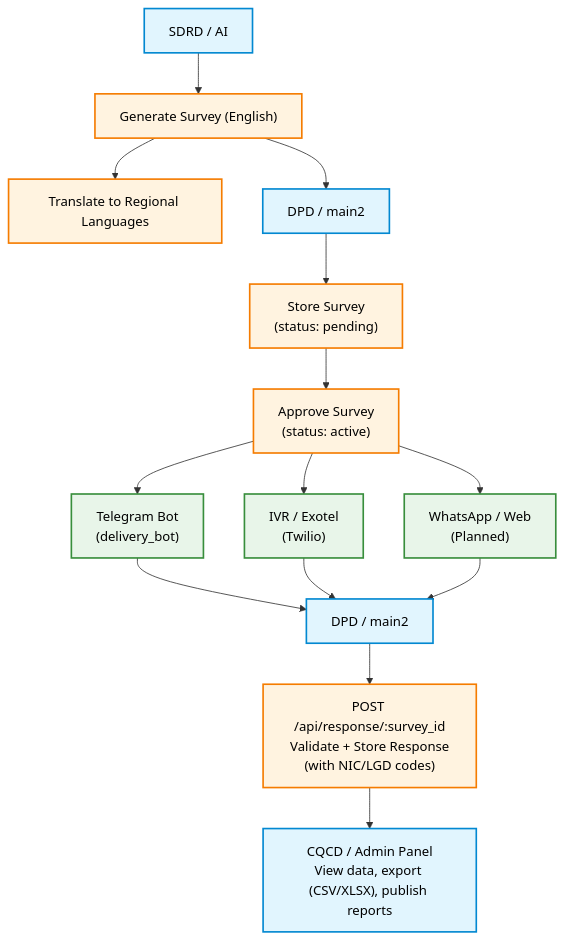
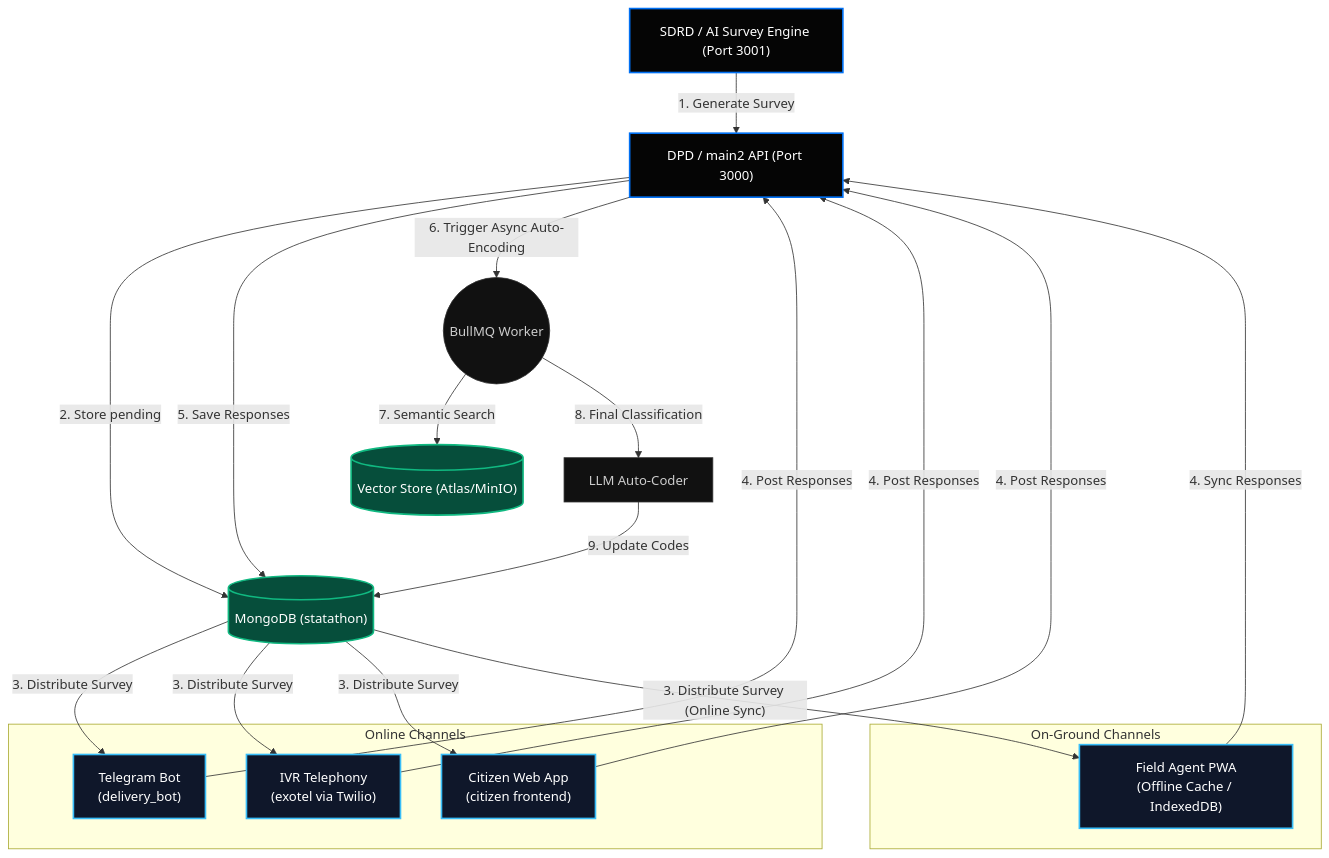
One commit to Shreevathsa05/Statathon-Narad changed the diagram in contexts/context.md. Above: the diagram before and after it, drawn with Mermaid. The commit also changed other lines of this file and 1 other file, not shown here.

````diff
--- a/contexts/context.md
+++ b/contexts/context.md
@@ -46,25 +34,38 @@
 ```mermaid
 graph TD
-    %% Define styles
-    classDef system fill:#e1f5fe,stroke:#0288d1,stroke-width:2px,color:#000
-    classDef process fill:#fff3e0,stroke:#f57c00,stroke-width:2px,color:#000
-    classDef channel fill:#e8f5e9,stroke:#388e3c,stroke-width:2px,color:#000
+    %% Custom Styles
+    classDef system fill:#050505,stroke:#0070F3,stroke-width:2px,color:#fff
+    classDef process fill:#111,stroke:#333,stroke-width:1px,color:#ccc
+    classDef channel fill:#0F172A,stroke:#38BDF8,stroke-width:2px,color:#fff
+    classDef database fill:#064E3B,stroke:#10B981,stroke-width:2px,color:#fff
 
-    SDRD["SDRD / AI"]:::system --> Gen["Generate Survey (English)"]:::process
-    Gen --> Trans["Translate to Regional Languages"]:::process
-    Gen --> DPD1["DPD / main2"]:::system
-    DPD1 --> Store["Store Survey<br/>(status: pending)"]:::process
-    Store --> Approve["Approve Survey<br/>(status: active)"]:::process
-    
-    Approve --> Telegram["Telegram Bot<br/>(delivery_bot)"]:::channel
-    Approve --> IVR["IVR / Exotel<br/>(Twilio)"]:::channel
-    Approve --> Web["WhatsApp / Web<br/>(Planned)"]:::channel
-    
-    Telegram --> DPD2["DPD / main2"]:::system
-    IVR --> DPD2
-    Web --> DPD2
-    
-    DPD2 --> Post["POST /api/response/:survey_id<br/>Validate + Store Response<br/>(with NIC/LGD codes)"]:::process
-    
-    Post --> CQCD["CQCD / Admin Panel<br/>View data, export (CSV/XLSX), publish reports"]:::system
+    SDRD["SDRD / AI Survey Engine (Port 3001)"]:::system -->|"1. Generate Survey"| DPD["DPD / main2 API (Port 3000)"]:::system
+    DPD -->|"2. Store pending"| MongoDB[("MongoDB (statathon)")]:::database
+
+    subgraph Online Channels
+        Telegram["Telegram Bot<br/>(delivery_bot)"]:::channel
+        IVR["IVR Telephony<br/>(exotel via Twilio)"]:::channel
+        Web["Citizen Web App<br/>(citizen frontend)"]:::channel
+    end
+
+    subgraph On-Ground Channels
+        CAPI["Field Agent PWA<br/>(Offline Cache / IndexedDB)"]:::channel
+    end
+
+    MongoDB -->|"3. Distribute Survey"| Telegram
+    MongoDB -->|"3. Distribute Survey"| IVR
+    MongoDB -->|"3. Distribute Survey"| Web
+    MongoDB -->|"3. Distribute Survey (Online Sync)"| CAPI
+
+    Telegram -->|"4. Post Responses"| DPD
+    IVR -->|"4. Post Responses"| DPD
+    Web -->|"4. Post Responses"| DPD
+    CAPI -->|"4. Sync Responses"| DPD
+
+    DPD -->|"5. Save Responses"| MongoDB
+    DPD -->|"6. Trigger Async Auto-Encoding"| Queue((BullMQ Worker)):::process
+    Queue -->|"7. Semantic Search"| VectorSearch[("Vector Store (Atlas/MinIO)")]:::database
+    Queue -->|"8. Final Classification"| LLM[LLM Auto-Coder]:::process
+    LLM -->|"9. Update Codes"| MongoDB
+
 ```
````
